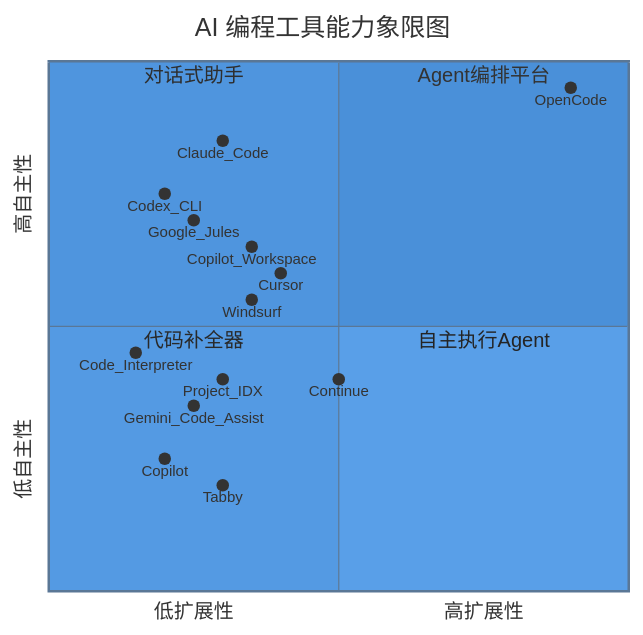
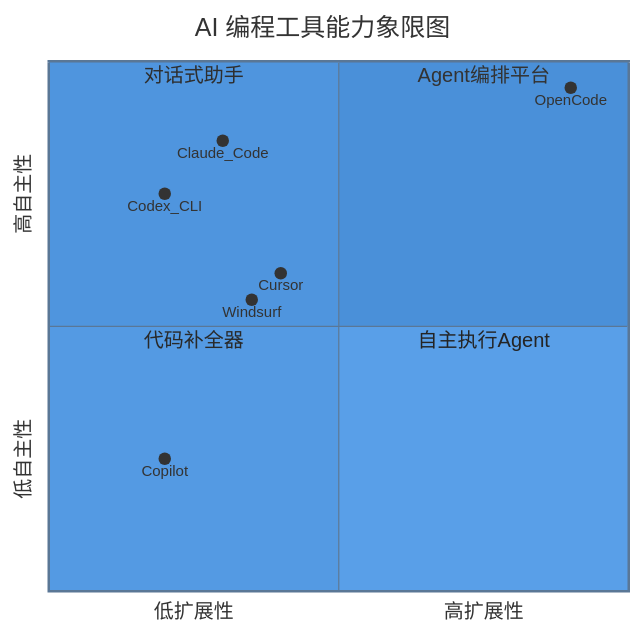
The first of 3 diagrams in src/01-introduction/ecosystem-comparison.md (tonydeng/harness-engineering-from-oc-to-ai-coding), drawn with Mermaid before and after one commit. The commit also changed other lines of this file and 331 other files, not shown here.

````diff
--- a/src/01-introduction/ecosystem-comparison.md
+++ b/src/01-introduction/ecosystem-comparison.md
@@ -311,24 +65,17 @@
 ```mermaid
 %%{init: {'theme': 'base', 'themeVariables': { 'primaryColor': '#4A90D9', 'secondaryColor': '#50C878', 'tertiaryColor': '#FF9F43'}}}%%
 quadrantChart
     title AI 编程工具能力象限图
     x-axis "低扩展性" --> "高扩展性"
      y-axis "低自主性" --> "高自主性"
     quadrant-1 "Agent编排平台"
     quadrant-2 "对话式助手"
     quadrant-3 "代码补全器"
     quadrant-4 "自主执行Agent"
     OpenCode: [0.9, 0.95]
     Cursor: [0.4, 0.6]
     Claude_Code: [0.3, 0.85]
     Copilot: [0.2, 0.25]
     Windsurf: [0.35, 0.55]
-    Continue: [0.5, 0.4]
-    Tabby: [0.3, 0.2]
-    Gemini_Code_Assist: [0.25, 0.35]
-    Project_IDX: [0.3, 0.4]
-    Code_Interpreter: [0.15, 0.45]
-    Google_Jules: [0.25, 0.7]
     Codex_CLI: [0.2, 0.75]
-    Copilot_Workspace: [0.35, 0.65]
 ```
````
